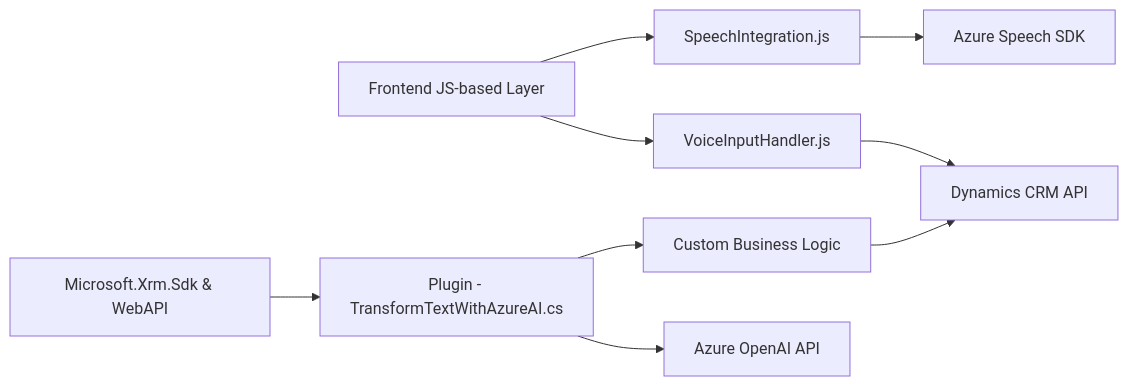
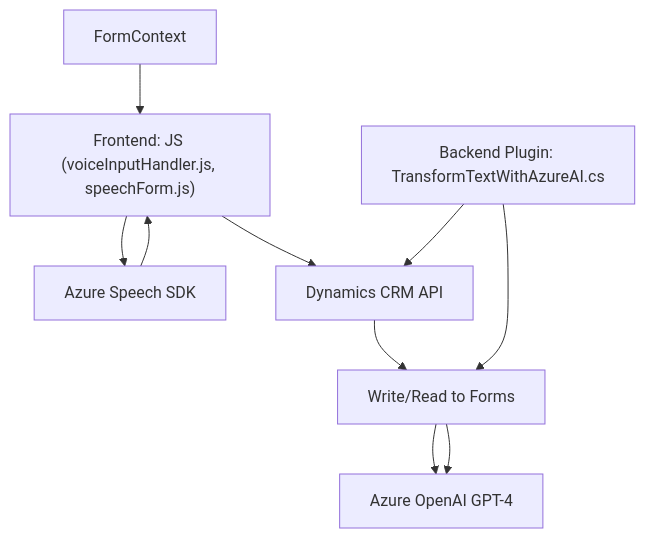
The diagram in README.md (blopezdm/NETCORE_BILBAO2025), drawn with Mermaid before and after one commit. The commit also changed other lines of this file, not shown here.

````diff
--- a/README.md
+++ b/README.md
@@ -46,24 +61,20 @@
 ```mermaid
-graph LR
-  A["Frontend JS-based Layer"]
-  B["VoiceInputHandler.js"]
-  C["SpeechIntegration.js"]
-  D["Dynamics CRM API"]
+graph TD
+    A["Frontend: JS (voiceInputHandler.js, speechForm.js)"]
+    B["Backend Plugin: TransformTextWithAzureAI.cs"]
+    C["Azure Speech SDK"]
+    D["Azure OpenAI GPT-4"]
+    E["Dynamics CRM API"]
+    F["External API: TransformTextWithAzureAI"]
+    G["FormContext"]
 
-  Plugin["Plugin - TransformTextWithAzureAI.cs"]
-  Xrm["Microsoft.Xrm.Sdk & WebAPI"]
-  AzureOpenAI["Azure OpenAI API"]
-  AzureSpeech["Azure Speech SDK"]
-
-  A --> B
-  A --> C
-  B --> D
-  C --> AzureSpeech
-
-  Xrm --> Plugin
-  Plugin --> AzureOpenAI
-  UpgradeFlow["Custom Business Logic"]
-
-  Plugin --> UpgradeFlow
-  UpgradeFlow --> D
+    A --> C
+    C --> A
+    A --> E
+    E --> F["Write/Read to Forms"]
+    F --> D
+    G --> A
+    B --> E
+    B --> F
+    F --> D
 ```
````
